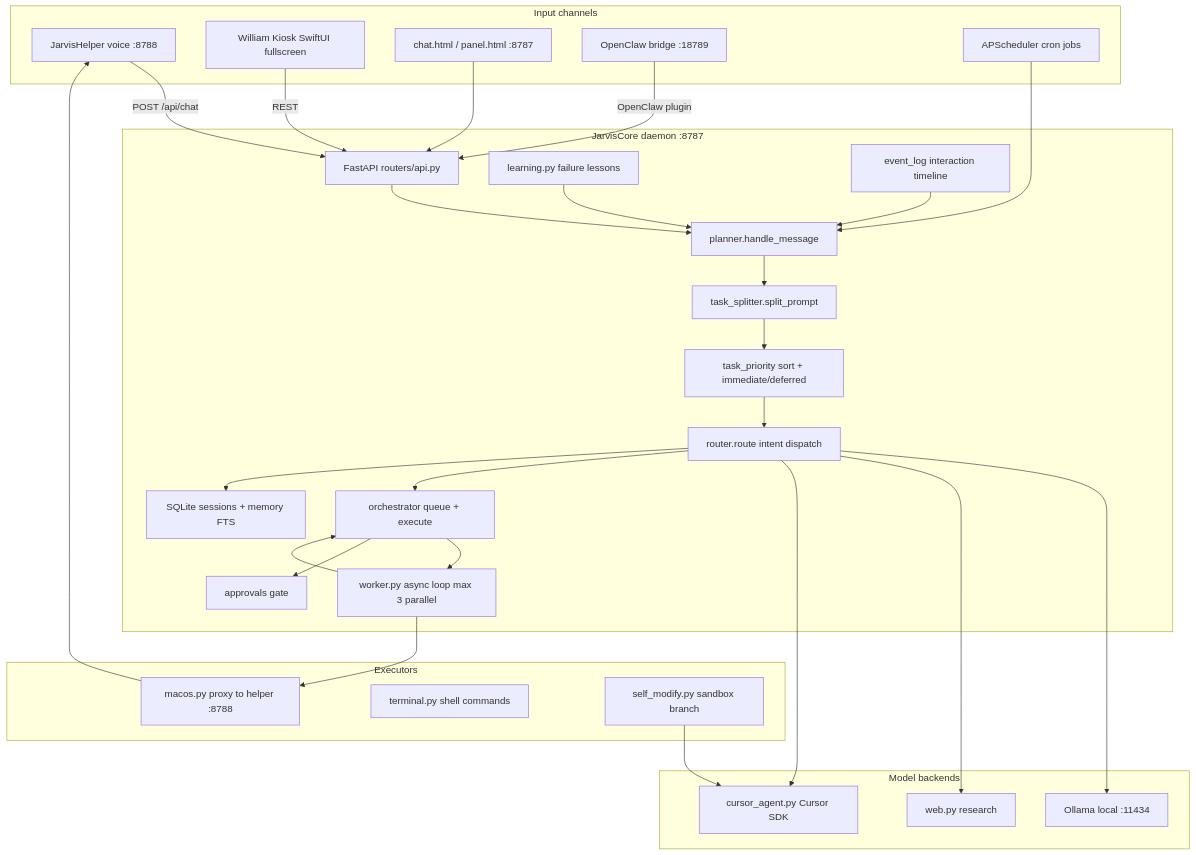
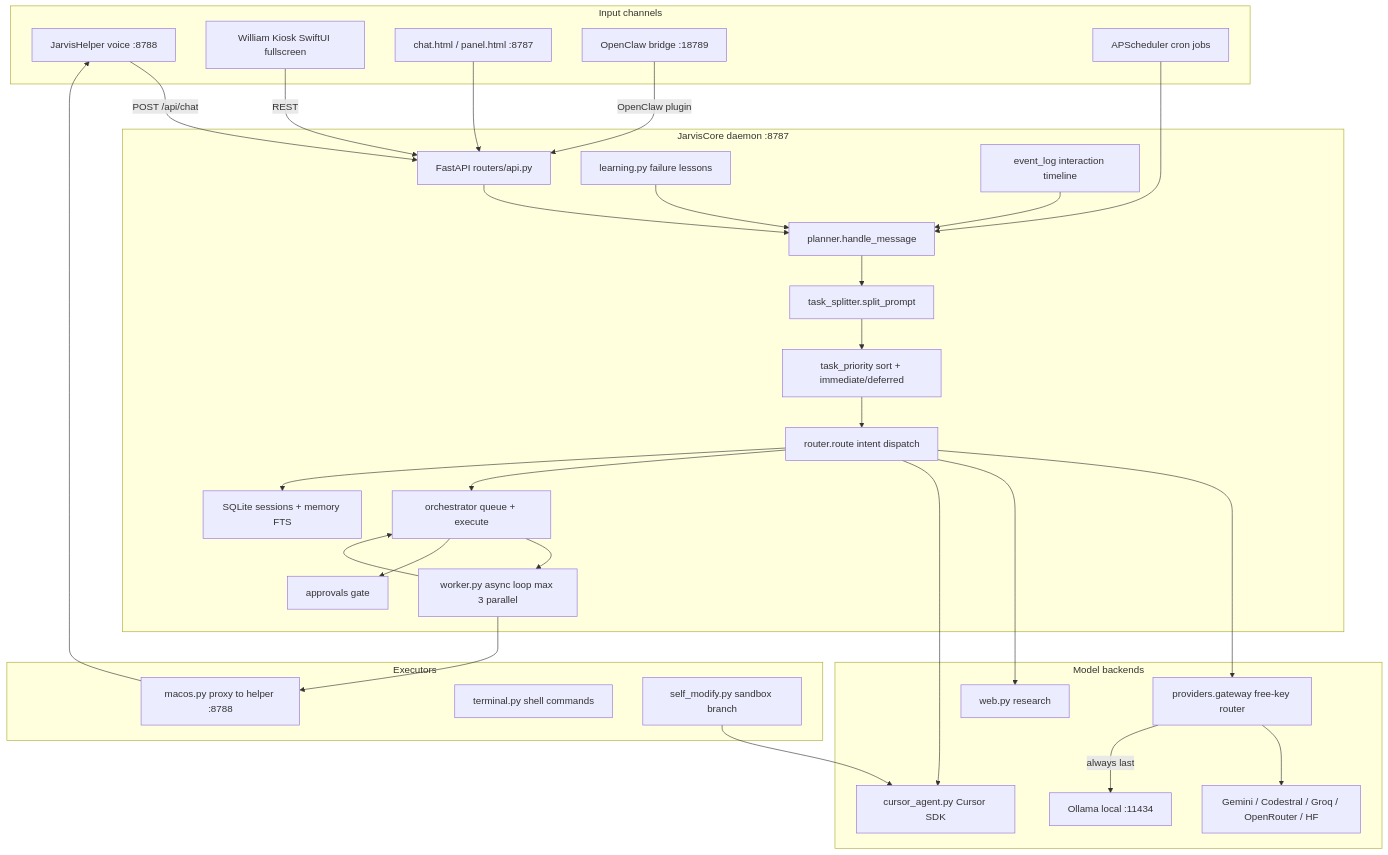
Before and after one commit to arsenijfreimanis1-hub/william-jarvis: the first of 7 diagrams in docs/SYSTEMS_MAP.md, drawn with Mermaid. The commit also changed other lines of this file and 45 other files, not shown here.

First line of the commit message:
Add free AI provider gateway with Key Scout, Quota Keeper, speech, vector memory, CAD, and app icons

````diff
--- a/docs/SYSTEMS_MAP.md
+++ b/docs/SYSTEMS_MAP.md
@@ -11,60 +11,64 @@
 ```mermaid
 flowchart TB
   subgraph inputs [Input channels]
     Voice[JarvisHelper voice :8788]
     Kiosk[William Kiosk SwiftUI fullscreen]
     WebChat[chat.html / panel.html :8787]
     WhatsApp[OpenClaw bridge :18789]
     Schedule[APScheduler cron jobs]
   end
 
   subgraph core [JarvisCore daemon :8787]
     API[FastAPI routers/api.py]
     Planner[planner.handle_message]
     Splitter[task_splitter.split_prompt]
     Priority[task_priority sort + immediate/deferred]
     Router[router.route intent dispatch]
     Orch[orchestrator queue + execute]
     Worker[worker.py async loop max 3 parallel]
     Memory[SQLite sessions + memory FTS]
     Approvals[approvals gate]
     Learning[learning.py failure lessons]
     Events[event_log interaction timeline]
   end
 
   subgraph brains [Model backends]
+    Gateway[providers.gateway free-key router]
+    FreeCloud[Gemini / Codestral / Groq / OpenRouter / HF]
     Ollama[Ollama local :11434]
     WebResearch[web.py research]
     Cursor[cursor_agent.py Cursor SDK]
   end
 
   subgraph exec [Executors]
     MacOS[macos.py proxy to helper :8788]
     Shell[terminal.py shell commands]
     SelfMod[self_modify.py sandbox branch]
   end
 
   Voice -->|POST /api/chat| API
   Kiosk -->|REST| API
   WebChat --> API
   WhatsApp -->|OpenClaw plugin| API
   Schedule --> Planner
 
   API --> Planner
   Planner --> Splitter
   Splitter --> Priority
   Priority --> Router
-  Router --> Ollama
+  Router --> Gateway
+  Gateway --> FreeCloud
+  Gateway -->|always last| Ollama
   Router --> WebResearch
   Router --> Cursor
   Router --> Orch
   Orch --> Worker
   Worker --> Orch
   Router --> Memory
   Orch --> Approvals
   Worker --> MacOS
   MacOS --> Voice
   SelfMod --> Cursor
   Learning --> Planner
   Events --> Planner
 ```
````
